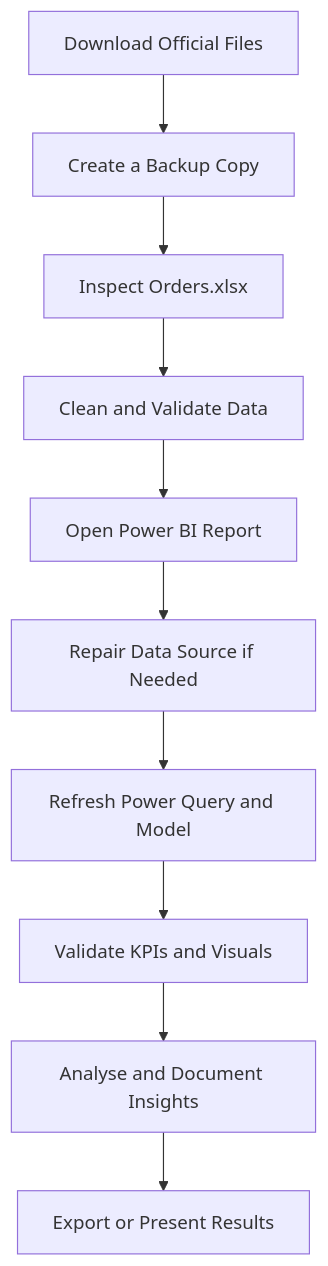
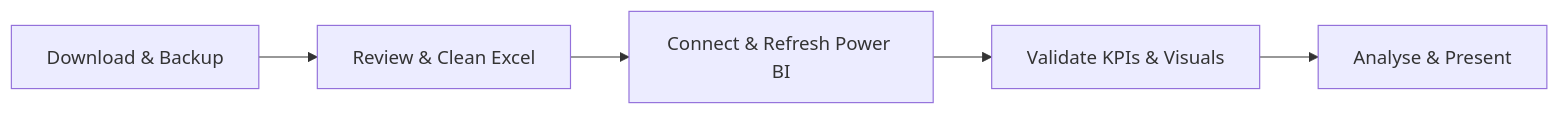
Before and after one commit to samusa099/sales-data-a11: the diagram in HOW_TO_USE.md, drawn with Mermaid. The commit also changed other lines of this file, not shown here.

Commit message:
Compact workflow and enrich author profile

````diff
--- a/HOW_TO_USE.md
+++ b/HOW_TO_USE.md
@@ -77,12 +77,7 @@
 ```mermaid
-flowchart TD
-    A[Download Official Files] --> B[Create a Backup Copy]
-    B --> C[Inspect Orders.xlsx]
-    C --> D[Clean and Validate Data]
-    D --> E[Open Power BI Report]
-    E --> F[Repair Data Source if Needed]
-    F --> G[Refresh Power Query and Model]
-    G --> H[Validate KPIs and Visuals]
-    H --> I[Analyse and Document Insights]
-    I --> J[Export or Present Results]
+flowchart LR
+    A[Download & Backup] --> B[Review & Clean Excel]
+    B --> C[Connect & Refresh Power BI]
+    C --> D[Validate KPIs & Visuals]
+    D --> E[Analyse & Present]
 ```
````
